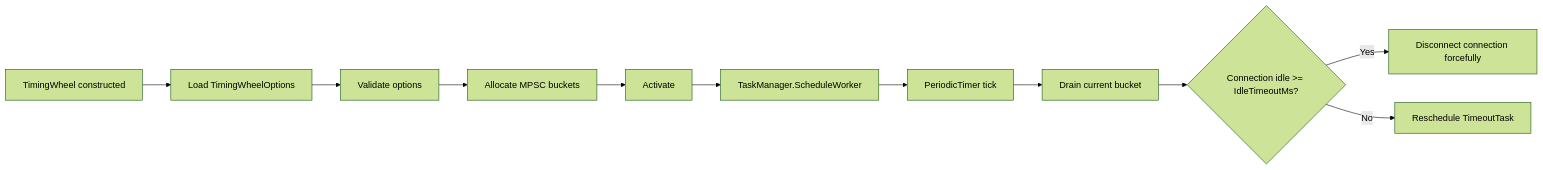
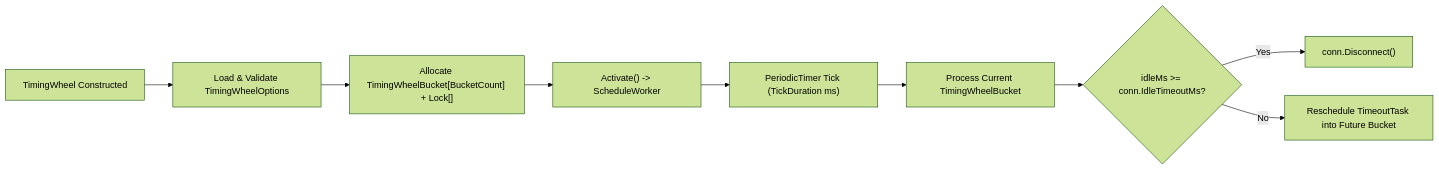
One commit to ppn-systems/nalix-docs changed the diagram in src/content/docs/en-us/api/options/network/timing-wheel-options.md. Above: the diagram before and after it, drawn with Mermaid (forest theme). The commit also changed other lines of this file and 180 other files, not shown here.

````diff
--- a/src/content/docs/en-us/api/options/network/timing-wheel-options.md
+++ b/src/content/docs/en-us/api/options/network/timing-wheel-options.md
@@ -47,13 +38,11 @@
 ```mermaid
 flowchart LR
-    A["TimingWheel constructed"] --> B["Load TimingWheelOptions"]
-    B --> C["Validate options"]
-    C --> D["Allocate MPSC buckets"]
-    D --> E["Activate"]
-    E --> F["TaskManager.ScheduleWorker"]
-    F --> G["PeriodicTimer tick"]
-    G --> H["Drain current bucket"]
-    H --> I{"Connection idle >= IdleTimeoutMs?"}
-    I -->|Yes| J["Disconnect connection forcefully"]
-    I -->|No| K["Reschedule TimeoutTask"]
+    A["TimingWheel Constructed"] --> B["Load & Validate TimingWheelOptions"]
+    B --> C["Allocate TimingWheelBucket[BucketCount] + Lock[]"]
+    C --> D["Activate() -> ScheduleWorker"]
+    D --> E["PeriodicTimer Tick (TickDuration ms)"]
+    E --> F["Process Current TimingWheelBucket"]
+    F --> G{"idleMs >= conn.IdleTimeoutMs?"}
+    G -->|Yes| H["conn.Disconnect()"]
+    G -->|No| I["Reschedule TimeoutTask into Future Bucket"]
 ```
````
